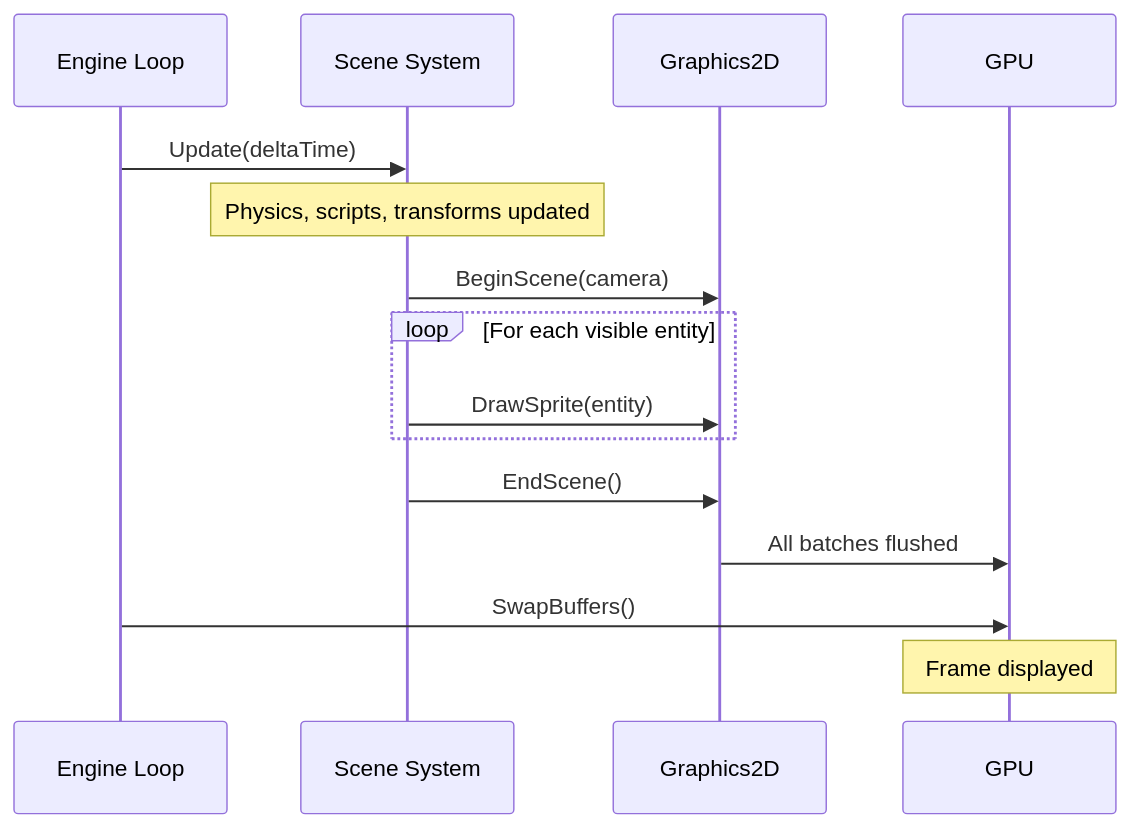
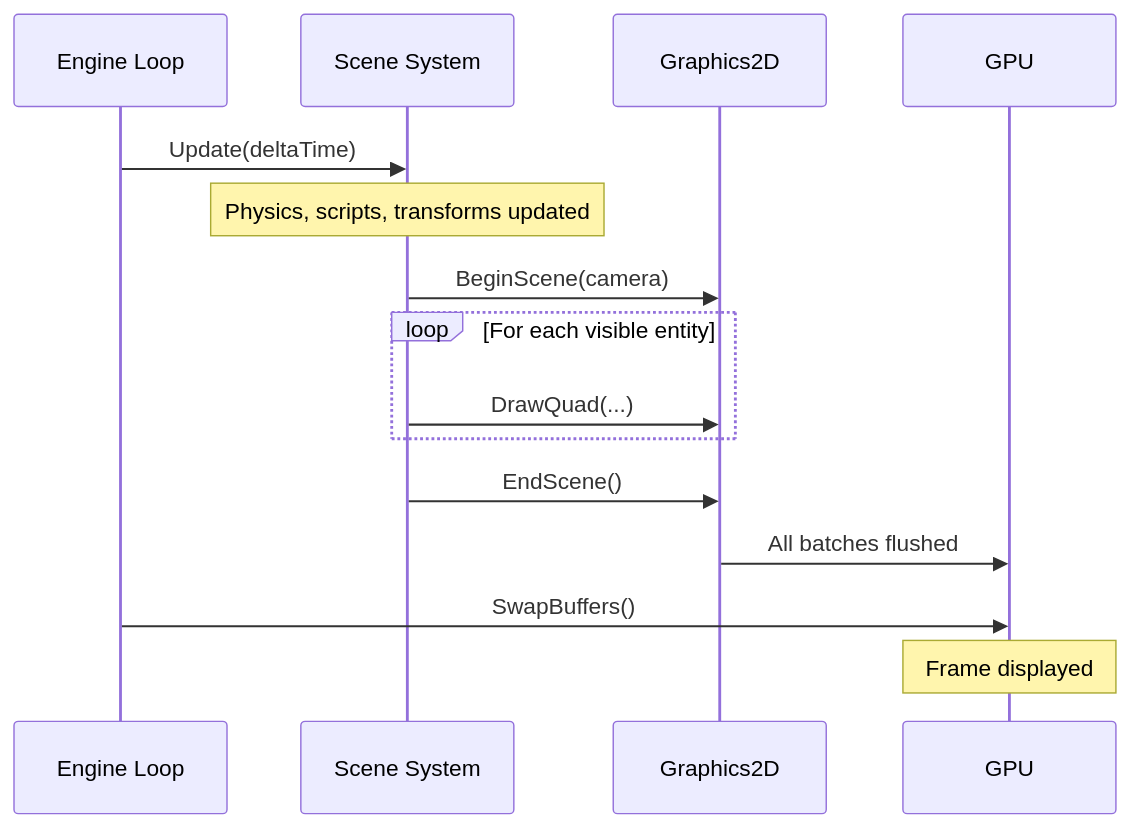
The third of 6 diagrams in docs/opengl/opengl-2d-workflow.md (kateusz/GameEngine), drawn with Mermaid before and after one commit. The commit also changed other lines of this file and 25 other files, not shown here.

````diff
--- a/docs/opengl/opengl-2d-workflow.md
+++ b/docs/opengl/opengl-2d-workflow.md
@@ -146,22 +148,22 @@
 ```mermaid
 sequenceDiagram
     participant Engine as Engine Loop
     participant Scene as Scene System
     participant Graphics as Graphics2D
     participant GPU as GPU
 
     Engine->>Scene: Update(deltaTime)
     Note over Scene: Physics, scripts, transforms updated
 
     Scene->>Graphics: BeginScene(camera)
 
     loop For each visible entity
-        Scene->>Graphics: DrawSprite(entity)
+        Scene->>Graphics: DrawQuad(...)
     end
 
     Scene->>Graphics: EndScene()
     Graphics->>GPU: All batches flushed
 
     Engine->>GPU: SwapBuffers()
     Note over GPU: Frame displayed
 ```
````
